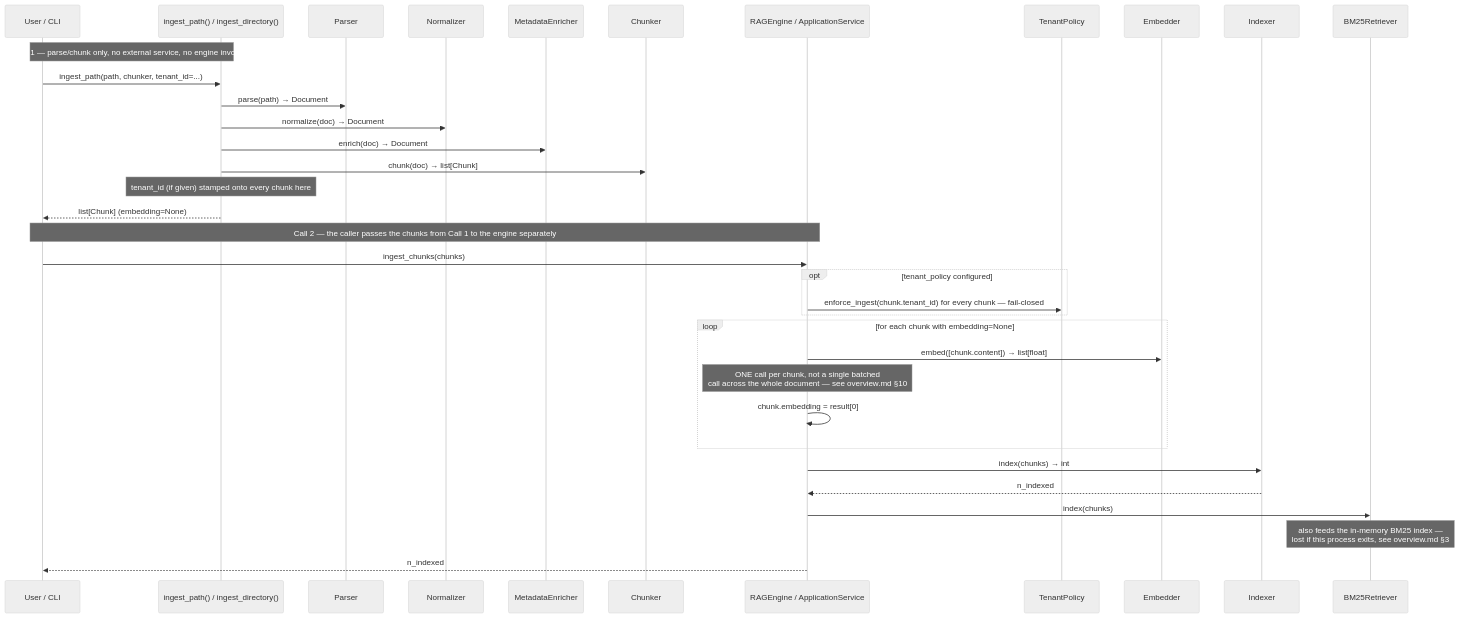
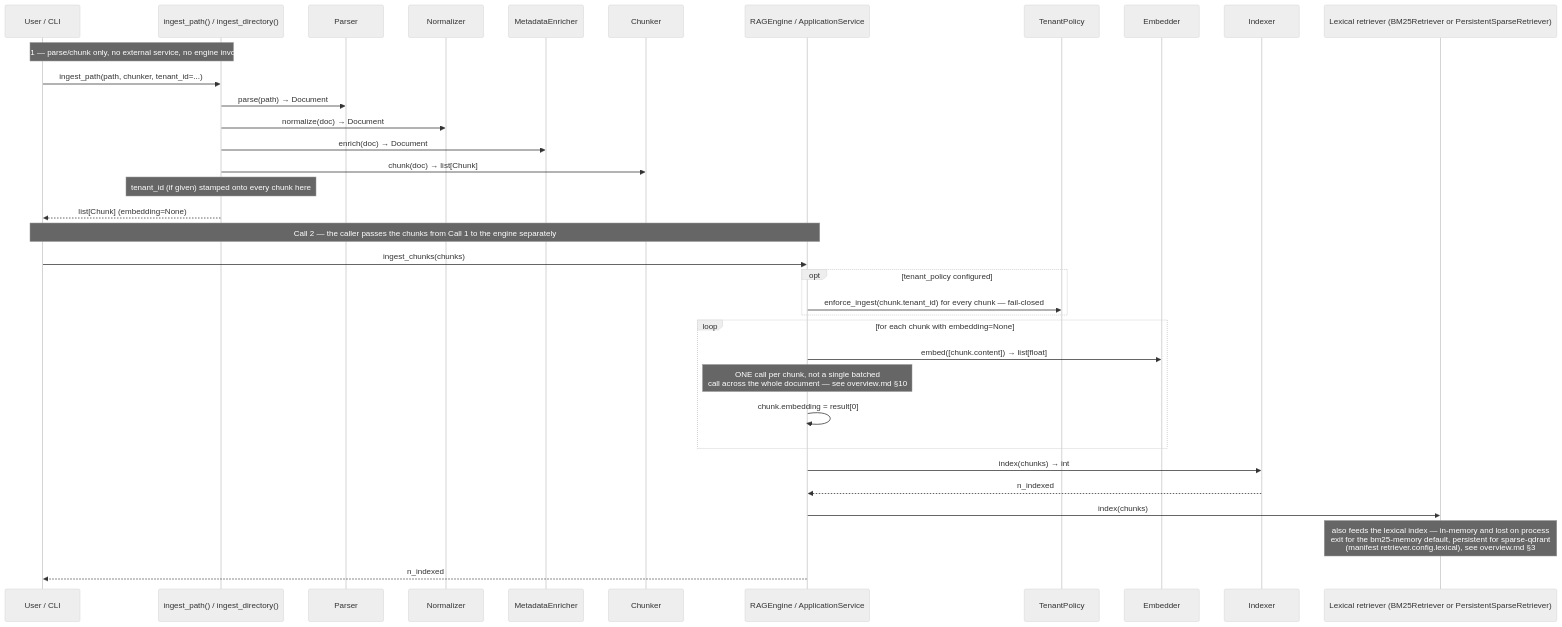
The second of 4 diagrams in docs/architecture/runtime-flow.md (HerbertGourout/modular-rag-framework), drawn with Mermaid (neutral theme) before and after one commit. The commit also changed other lines of this file and 11 other files, not shown here.

First line of the commit message:
docs: align documentation with the new sparse-qdrant lexical backend

````diff
--- a/docs/architecture/runtime-flow.md
+++ b/docs/architecture/runtime-flow.md
@@ -111,39 +111,39 @@
 ```mermaid
 sequenceDiagram
     participant U as User / CLI
     participant IP as ingest_path() / ingest_directory()
     participant P as Parser
     participant N as Normalizer
     participant En as MetadataEnricher
     participant C as Chunker
     participant E as RAGEngine / ApplicationService
     participant TP as TenantPolicy
     participant Emb as Embedder
     participant Idx as Indexer
-    participant BM as BM25Retriever
+    participant Lex as Lexical retriever (BM25Retriever or PersistentSparseRetriever)
 
     Note over U,IP: Call 1 — parse/chunk only, no external service, no engine involved
     U->>IP: ingest_path(path, chunker, tenant_id=...)
     IP->>P: parse(path) → Document
     IP->>N: normalize(doc) → Document
     IP->>En: enrich(doc) → Document
     IP->>C: chunk(doc) → list[Chunk]
     Note over IP: tenant_id (if given) stamped onto every chunk here
     IP-->>U: list[Chunk] (embedding=None)
 
     Note over U,E: Call 2 — the caller passes the chunks from Call 1 to the engine separately
     U->>E: ingest_chunks(chunks)
     opt tenant_policy configured
         E->>TP: enforce_ingest(chunk.tenant_id) for every chunk — fail-closed
     end
     loop for each chunk with embedding=None
         E->>Emb: embed([chunk.content]) → list[float]
         Note over E: ONE call per chunk, not a single batched<br/>call across the whole document — see overview.md §10
         E->>E: chunk.embedding = result[0]
     end
     E->>Idx: index(chunks) → int
     Idx-->>E: n_indexed
-    E->>BM: index(chunks)
-    Note over BM: also feeds the in-memory BM25 index —<br/>lost if this process exits, see overview.md §3
+    E->>Lex: index(chunks)
+    Note over Lex: also feeds the lexical index — in-memory and lost on process<br/>exit for the bm25-memory default, persistent for sparse-qdrant<br/>(manifest retriever.config.lexical), see overview.md §3
     E-->>U: n_indexed
 ```
````
